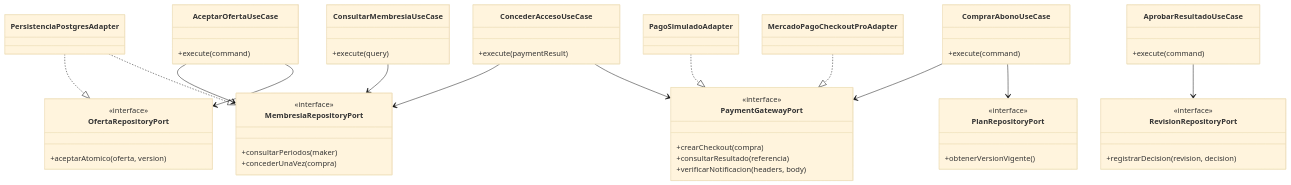
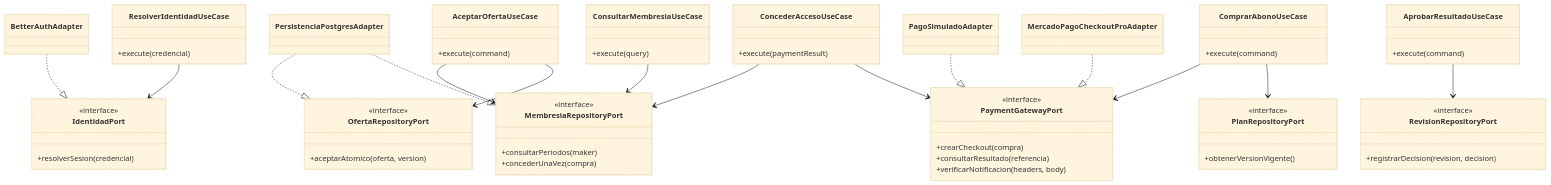
Before and after one commit to chill0101/3daltoque-docs: the diagram in public/documentos/1061d2163efb-diseno-hexagonal.mmd, drawn with Mermaid (base theme). The commit also changed 57 other files, not shown here.

```diff
--- a/public/documentos/1061d2163efb-diseno-hexagonal.mmd
+++ b/public/documentos/1061d2163efb-diseno-hexagonal.mmd
@@ -1,54 +1,64 @@
 classDiagram
+  class ResolverIdentidadUseCase {
+    +execute(credencial)
+  }
+  class IdentidadPort {
+    <<interface>>
+    +resolverSesion(credencial)
+  }
+  class BetterAuthAdapter
+  ResolverIdentidadUseCase --> IdentidadPort
+  BetterAuthAdapter ..|> IdentidadPort
   class AceptarOfertaUseCase {
     +execute(command)
   }
   class ConsultarMembresiaUseCase {
     +execute(query)
   }
   class ComprarAbonoUseCase {
     +execute(command)
   }
   class ConcederAccesoUseCase {
     +execute(paymentResult)
   }
   class AprobarResultadoUseCase {
     +execute(command)
   }
   class OfertaRepositoryPort {
     <<interface>>
     +aceptarAtomico(oferta, version)
   }
   class MembresiaRepositoryPort {
     <<interface>>
     +consultarPeriodos(maker)
     +concederUnaVez(compra)
   }
   class PlanRepositoryPort {
     <<interface>>
     +obtenerVersionVigente()
   }
   class PaymentGatewayPort {
     <<interface>>
     +crearCheckout(compra)
     +consultarResultado(referencia)
     +verificarNotificacion(headers, body)
   }
   class RevisionRepositoryPort {
     <<interface>>
     +registrarDecision(revision, decision)
   }
   class MercadoPagoCheckoutProAdapter
   class PagoSimuladoAdapter
   class PersistenciaPostgresAdapter
   AceptarOfertaUseCase --> OfertaRepositoryPort
   AceptarOfertaUseCase --> MembresiaRepositoryPort
   ConsultarMembresiaUseCase --> MembresiaRepositoryPort
   ComprarAbonoUseCase --> PlanRepositoryPort
   ComprarAbonoUseCase --> PaymentGatewayPort
   ConcederAccesoUseCase --> PaymentGatewayPort
   ConcederAccesoUseCase --> MembresiaRepositoryPort
   AprobarResultadoUseCase --> RevisionRepositoryPort
   MercadoPagoCheckoutProAdapter ..|> PaymentGatewayPort
   PagoSimuladoAdapter ..|> PaymentGatewayPort
   PersistenciaPostgresAdapter ..|> MembresiaRepositoryPort
   PersistenciaPostgresAdapter ..|> OfertaRepositoryPort
```
